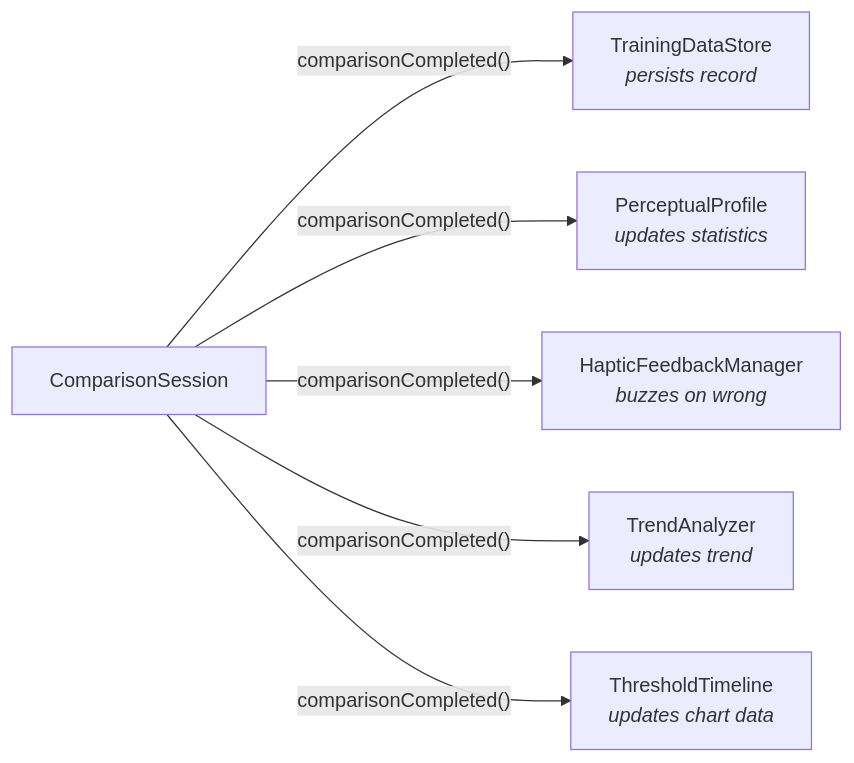
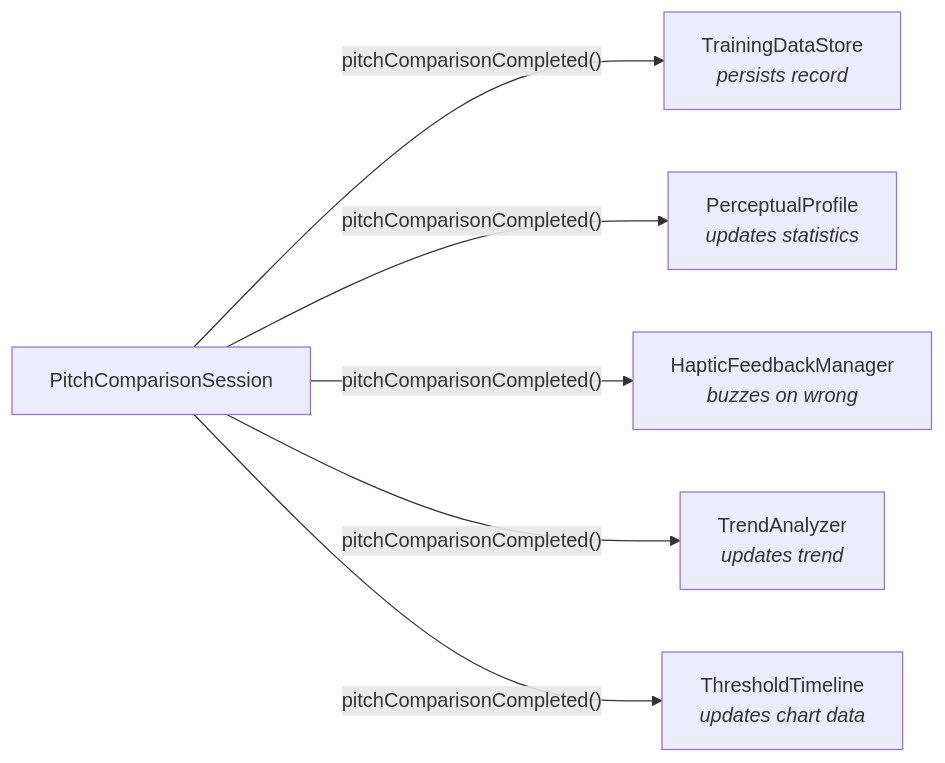
Before and after one commit to mschuerig/peach: the diagram in docs/arc42/08-crosscutting-concepts.md, drawn with Mermaid. The commit also changed other lines of this file and 120 other files, not shown here.

First line of the commit message:
Rename Comparison to PitchComparison across entire codebase

````diff
--- a/docs/arc42/08-crosscutting-concepts.md
+++ b/docs/arc42/08-crosscutting-concepts.md
@@ -26,8 +26,8 @@
 ```mermaid
 graph LR
-    CS["ComparisonSession"] -->|"comparisonCompleted()"| DS["TrainingDataStore<br><i>persists record</i>"]
-    CS -->|"comparisonCompleted()"| PP["PerceptualProfile<br><i>updates statistics</i>"]
-    CS -->|"comparisonCompleted()"| HM["HapticFeedbackManager<br><i>buzzes on wrong</i>"]
-    CS -->|"comparisonCompleted()"| TA["TrendAnalyzer<br><i>updates trend</i>"]
-    CS -->|"comparisonCompleted()"| TL["ThresholdTimeline<br><i>updates chart data</i>"]
+    CS["PitchComparisonSession"] -->|"pitchComparisonCompleted()"| DS["TrainingDataStore<br><i>persists record</i>"]
+    CS -->|"pitchComparisonCompleted()"| PP["PerceptualProfile<br><i>updates statistics</i>"]
+    CS -->|"pitchComparisonCompleted()"| HM["HapticFeedbackManager<br><i>buzzes on wrong</i>"]
+    CS -->|"pitchComparisonCompleted()"| TA["TrendAnalyzer<br><i>updates trend</i>"]
+    CS -->|"pitchComparisonCompleted()"| TL["ThresholdTimeline<br><i>updates chart data</i>"]
 ```
````
